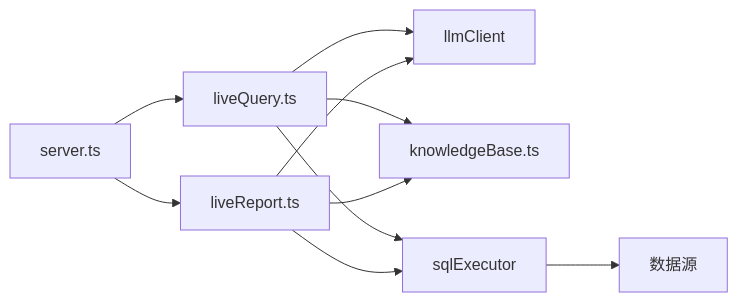
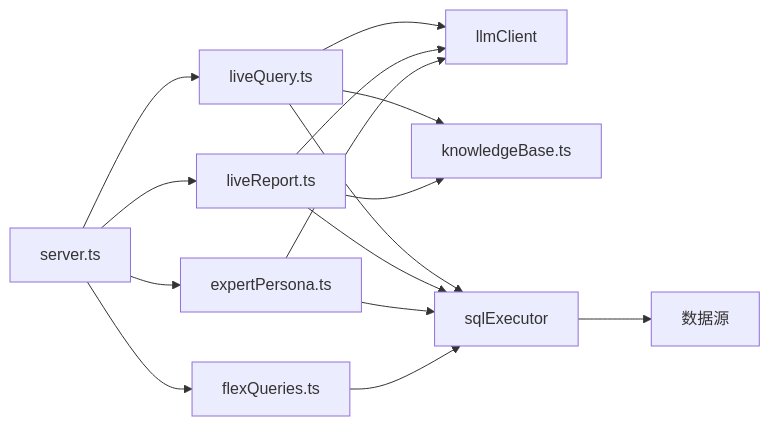
The ninth of 9 diagrams in .qoder/repowiki/zh/content/项目概述/系统介绍与特性.md (dgjin/smart-data-analytics), drawn with Mermaid before and after one commit. The commit also changed other lines of this file and 100 other files, not shown here.

````diff
--- a/.qoder/repowiki/zh/content/项目概述/系统介绍与特性.md
+++ b/.qoder/repowiki/zh/content/项目概述/系统介绍与特性.md
@@ -217,12 +329,17 @@
 ```mermaid
 graph LR
 S["server.ts"] --> Q["liveQuery.ts"]
 S --> R["liveReport.ts"]
+S --> EP["expertPersona.ts"]
+S --> FQ["flexQueries.ts"]
 Q --> L["llmClient"]
 R --> L
+EP --> L
 Q --> KB["knowledgeBase.ts"]
 R --> KB
 Q --> SE["sqlExecutor"]
 R --> SE
+EP --> SE
+FQ --> SE
 SE --> DB["数据源"]
 ```
````
